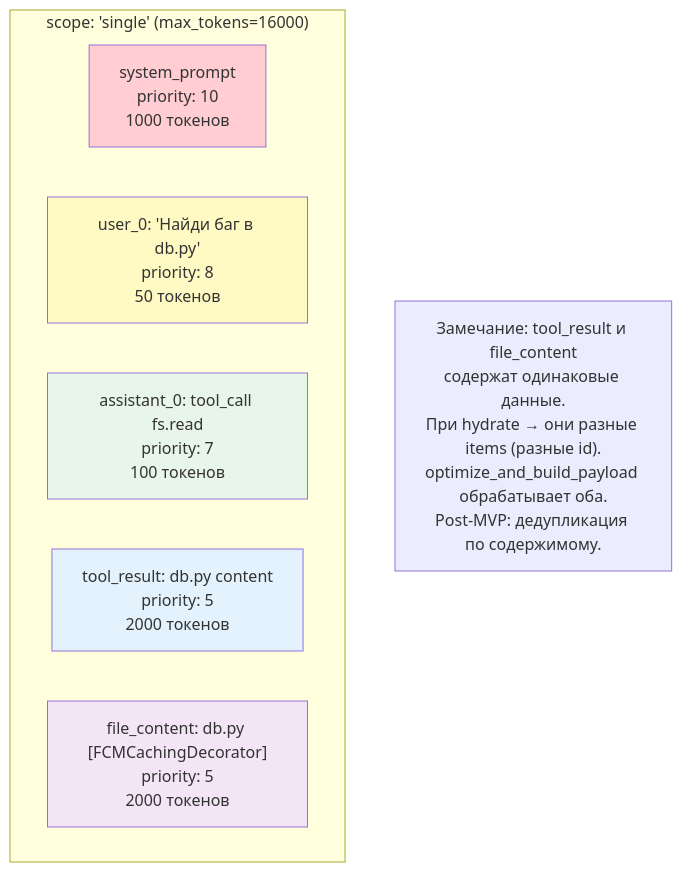
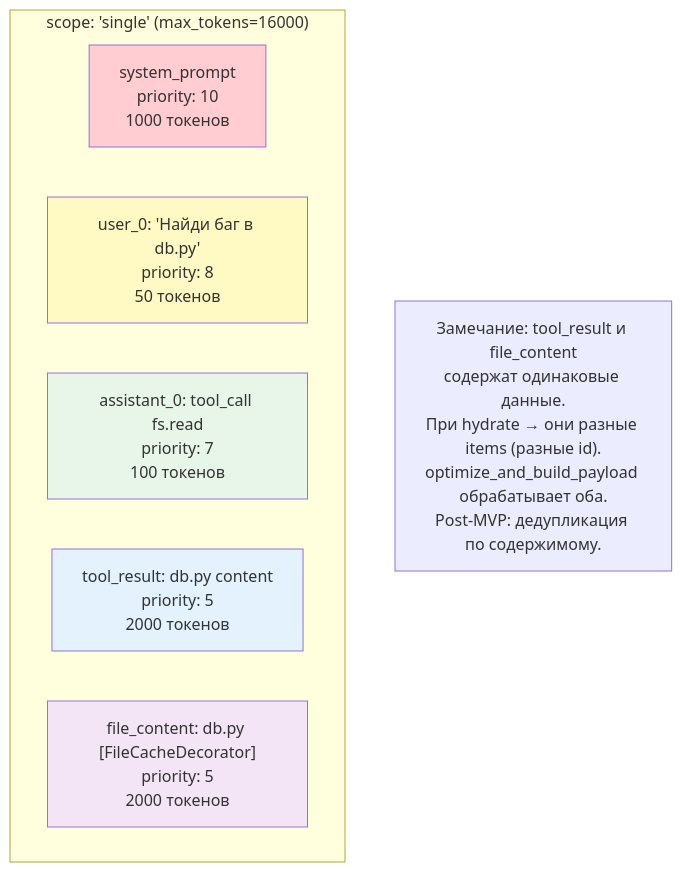
Before and after one commit to pese-git/codelab-agent: the ninth of 21 diagrams in doc/internals/architecture/fcm/AGENT_LOOP_INTEGRATION.md, drawn with Mermaid. The commit also changed other lines of this file and 6 other files, not shown here.

````diff
--- a/doc/internals/architecture/fcm/AGENT_LOOP_INTEGRATION.md
+++ b/doc/internals/architecture/fcm/AGENT_LOOP_INTEGRATION.md
@@ -639,18 +633,18 @@
 ```mermaid
 graph TB
     subgraph Scope["scope: 'single' (max_tokens=16000)"]
         SP["system_prompt<br/>priority: 10<br/>1000 токенов"]
         U0["user_0: 'Найди баг в db.py'<br/>priority: 8<br/>50 токенов"]
         A0["assistant_0: tool_call fs.read<br/>priority: 7<br/>100 токенов"]
         TR["tool_result: db.py content<br/>priority: 5<br/>2000 токенов"]
-        FC["file_content: db.py [FCMCachingDecorator]<br/>priority: 5<br/>2000 токенов"]
+        FC["file_content: db.py [FileCacheDecorator]<br/>priority: 5<br/>2000 токенов"]
     end
     
     Note1["Замечание: tool_result и file_content<br/>содержат одинаковые данные.<br/>При hydrate → они разные items (разные id).<br/>optimize_and_build_payload обрабатывает оба.<br/>Post-MVP: дедупликация по содержимому."]
     
     style SP fill:#ffcdd2
     style U0 fill:#fff9c4
     style A0 fill:#e8f5e9
     style TR fill:#e3f2fd
     style FC fill:#f3e5f5
 ```
````
